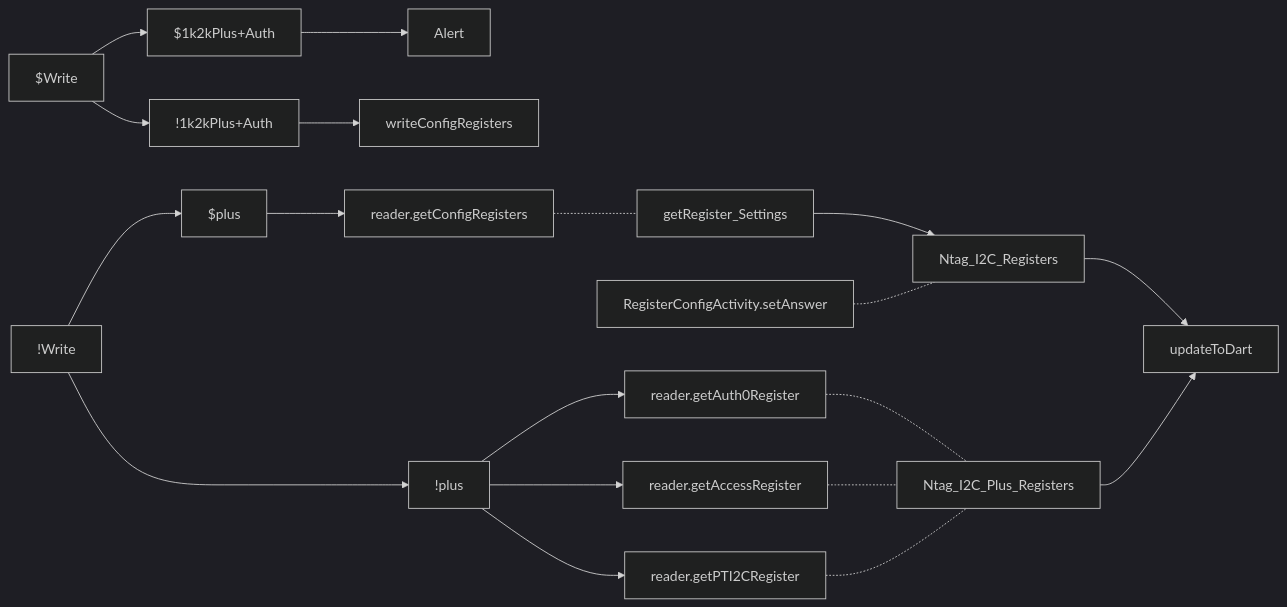
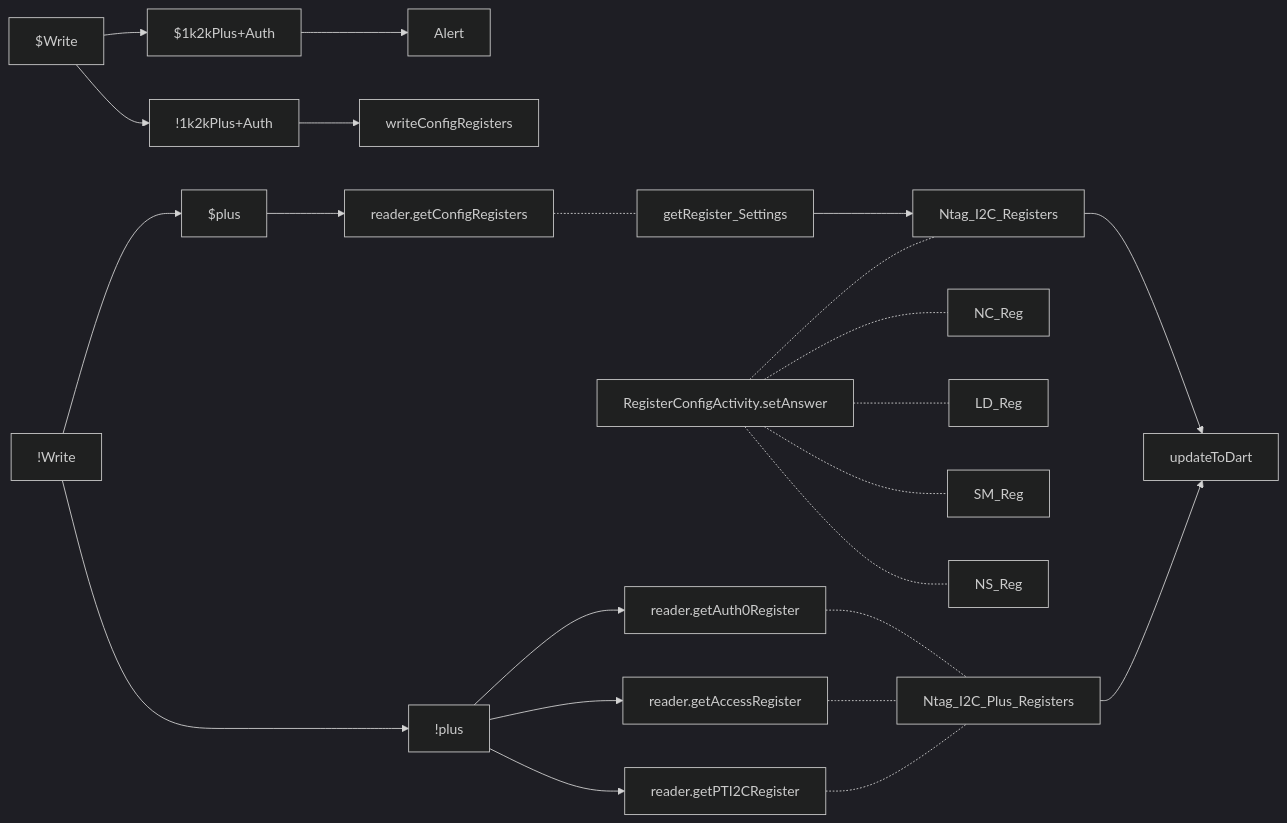
Before and after one commit to gordianknotC/nxp_note: the ninth of 10 diagrams in nxp/NtagDemo_mermaid.md, drawn with Mermaid (dark theme). The commit also changed other lines of this file, not shown here.

Commit message:
nxp/NtagDemo_mermaid.md updated from https://stackedit.io/

````diff
--- a/nxp/NtagDemo_mermaid.md
+++ b/nxp/NtagDemo_mermaid.md
@@ -285,29 +285,35 @@
 ```mermaid
 graph LR
 $Write
 !Write
 $1k2kPlus+Auth
 !1k2kPlus+Auth
 
 $Write --> $1k2kPlus+Auth
 $1k2kPlus+Auth --> Alert
 $Write --> !1k2kPlus+Auth
 !1k2kPlus+Auth --> writeConfigRegisters
 
 !Write --> $plus 
 $plus --> reader.getConfigRegisters
 reader.getConfigRegisters -.- getRegister_Settings
 getRegister_Settings --> Ntag_I2C_Registers
 RegisterConfigActivity.setAnswer -.- Ntag_I2C_Registers
 
+RegisterConfigActivity.setAnswer -.- NC_Reg
+RegisterConfigActivity.setAnswer -.- LD_Reg
+RegisterConfigActivity.setAnswer -.- SM_Reg
+RegisterConfigActivity.setAnswer -.- NS_Reg
+
+
 !Write --> !plus
 !plus --> reader.getAuth0Register
 !plus --> reader.getAccessRegister
 !plus --> reader.getPTI2CRegister
 reader.getAuth0Register -.- Ntag_I2C_Plus_Registers
 reader.getAccessRegister-.- Ntag_I2C_Plus_Registers
 reader.getPTI2CRegister-.- Ntag_I2C_Plus_Registers
 
 Ntag_I2C_Registers --> updateToDart
 Ntag_I2C_Plus_Registers --> updateToDart
 ```
````
